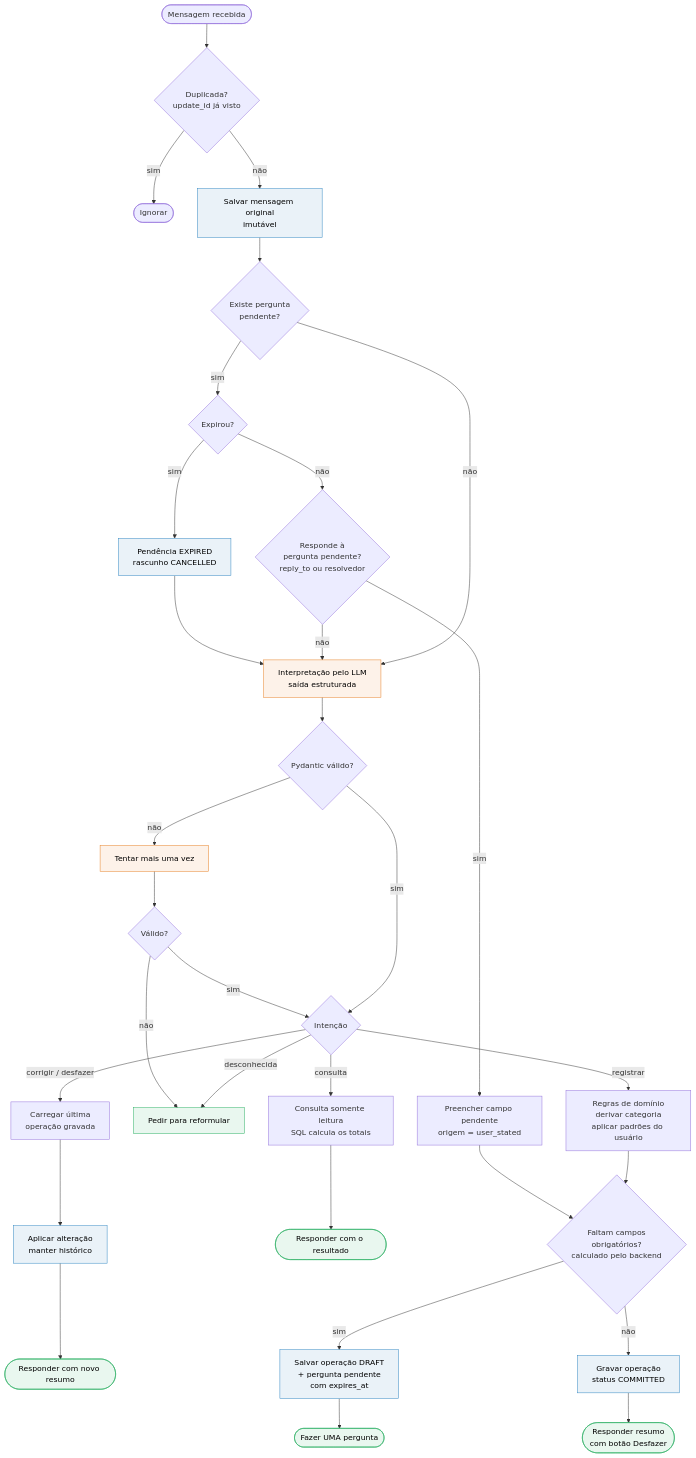
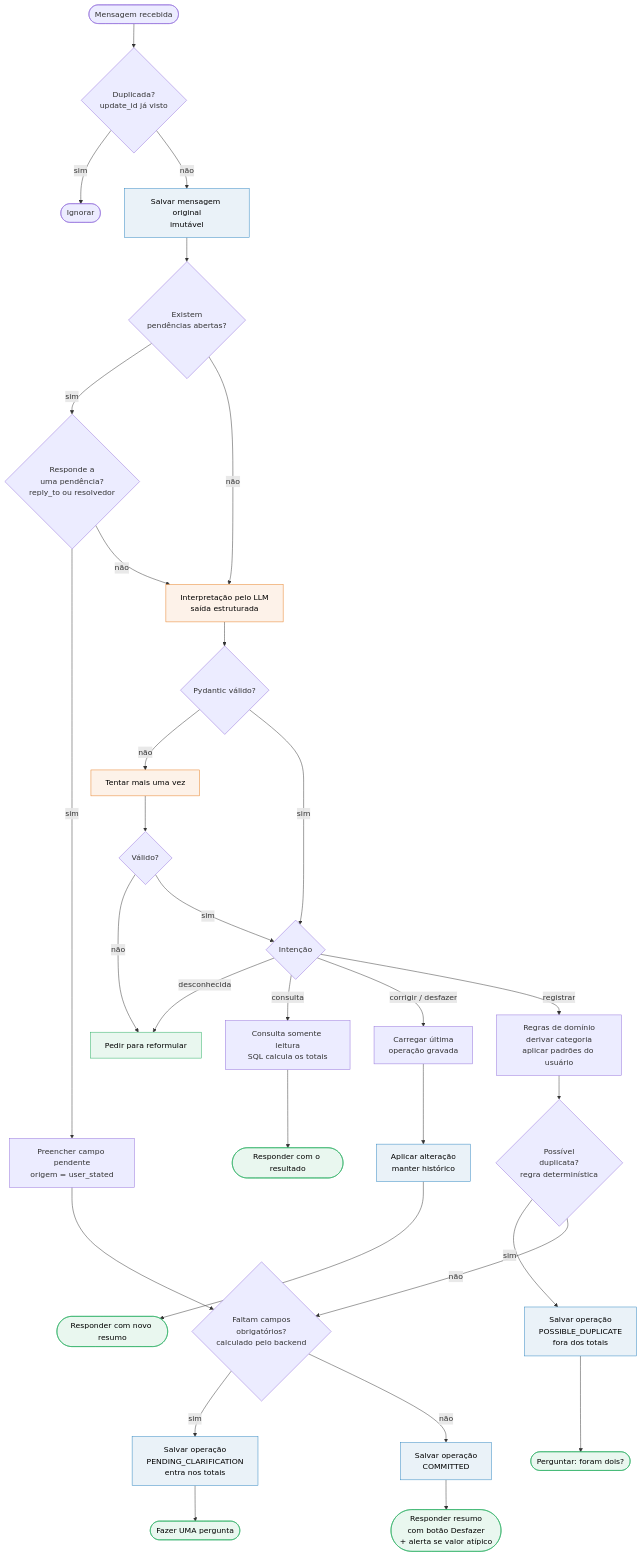
Before and after one commit to mayconmao/milo: the diagram in doc/conversation-flow.mmd, drawn with Mermaid. The commit also changed 2 other files, not shown here.

Commit message:
docs: align conversation flow and domain model with PRODUCT.md

```diff
--- a/doc/conversation-flow.mmd
+++ b/doc/conversation-flow.mmd
@@ -1,34 +1,34 @@
 flowchart TD
     A([Mensagem recebida]) --> B{Duplicada?<br/>update_id já visto}
     B -- sim --> Z1([Ignorar])
     B -- não --> C[Salvar mensagem original<br/>imutável]
-    C --> D{Existe pergunta<br/>pendente?}
+    C --> D{Existem<br/>pendências abertas?}
 
-    D -- sim --> E{Expirou?}
-    E -- sim --> E1[Pendência EXPIRED<br/>rascunho CANCELLED] --> F
-    E -- não --> G{Responde à<br/>pergunta pendente?<br/>reply_to ou resolvedor}
+    D -- sim --> G{Responde a<br/>uma pendência?<br/>reply_to ou resolvedor}
     G -- sim --> H[Preencher campo pendente<br/>origem = user_stated]
     H --> M
     G -- não --> F
 
     D -- não --> F[Interpretação pelo LLM<br/>saída estruturada]
     F --> V{Pydantic válido?}
     V -- não --> V1[Tentar mais uma vez] --> V2{Válido?}
     V2 -- não --> U
     V2 -- sim --> I
     V -- sim --> I{Intenção}
 
     I -- desconhecida --> U[Pedir para reformular]
     I -- consulta --> Q[Consulta somente leitura<br/>SQL calcula os totais] --> R1([Responder com o resultado])
     I -- corrigir / desfazer --> K[Carregar última<br/>operação gravada] --> K1[Aplicar alteração<br/>manter histórico] --> R2([Responder com novo resumo])
     I -- registrar --> L[Regras de domínio<br/>derivar categoria<br/>aplicar padrões do usuário]
-    L --> M{Faltam campos<br/>obrigatórios?<br/>calculado pelo backend}
-    M -- sim --> N[Salvar operação DRAFT<br/>+ pergunta pendente<br/>com expires_at] --> R3([Fazer UMA pergunta])
-    M -- não --> O[Gravar operação<br/>status COMMITTED] --> R4([Responder resumo<br/>com botão Desfazer])
+    L --> DUP{Possível<br/>duplicata?<br/>regra determinística}
+    DUP -- sim --> DP[Salvar operação<br/>POSSIBLE_DUPLICATE<br/>fora dos totais] --> R5([Perguntar: foram dois?])
+    DUP -- não --> M{Faltam campos<br/>obrigatórios?<br/>calculado pelo backend}
+    M -- sim --> N[Salvar operação<br/>PENDING_CLARIFICATION<br/>entra nos totais] --> R3([Fazer UMA pergunta])
+    M -- não --> O[Salvar operação<br/>COMMITTED] --> R4([Responder resumo<br/>com botão Desfazer<br/>+ alerta se valor atípico])
 
     classDef llm fill:#fdf2e9,stroke:#e67e22,color:#000
     classDef state fill:#eaf2f8,stroke:#2e86c1,color:#000
     classDef reply fill:#e9f7ef,stroke:#27ae60,color:#000
     class F,V1 llm
-    class C,E1,N,O,K1 state
-    class R1,R2,R3,R4,U reply
+    class C,N,O,K1,DP state
+    class R1,R2,R3,R4,R5,U reply
```
